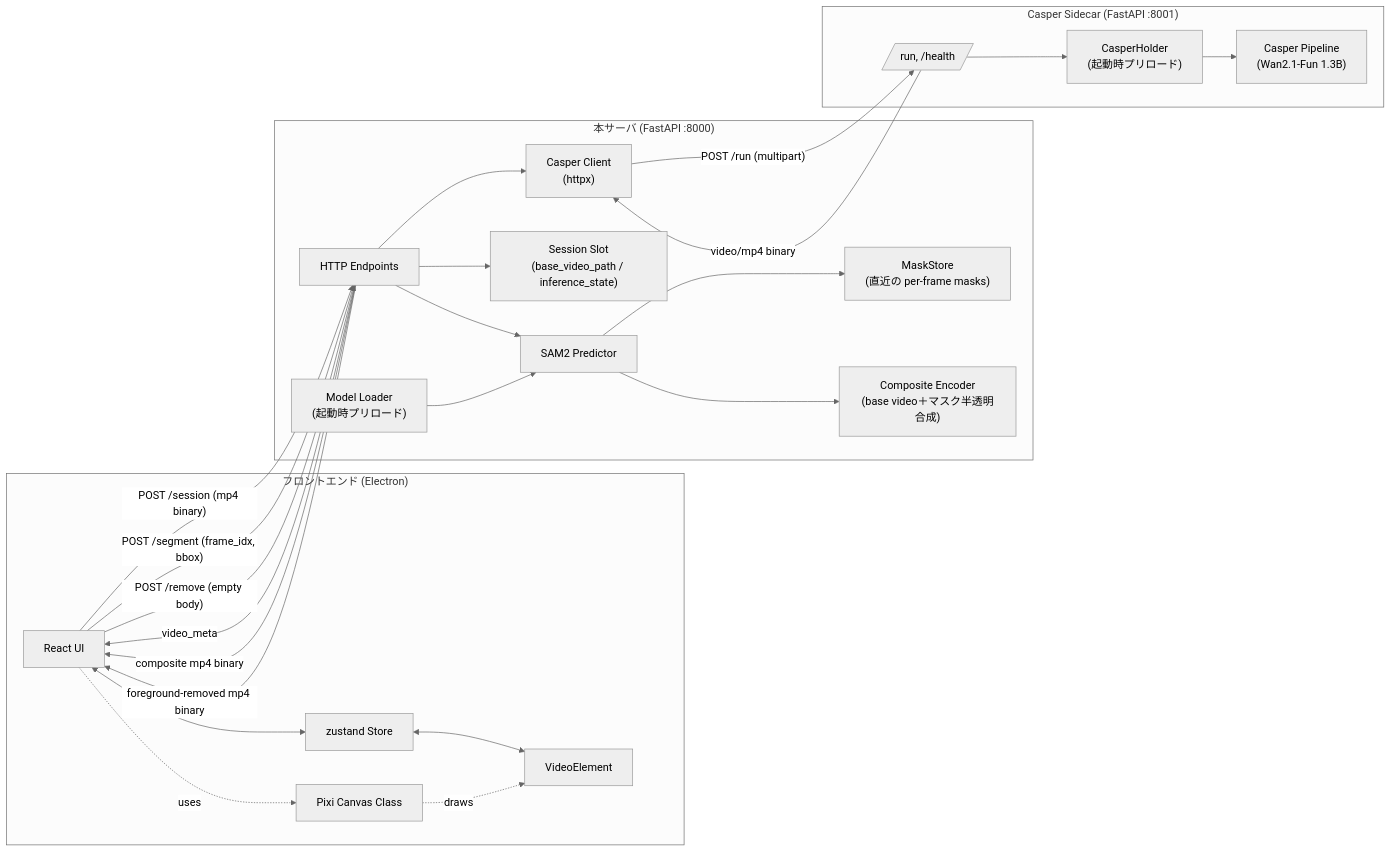
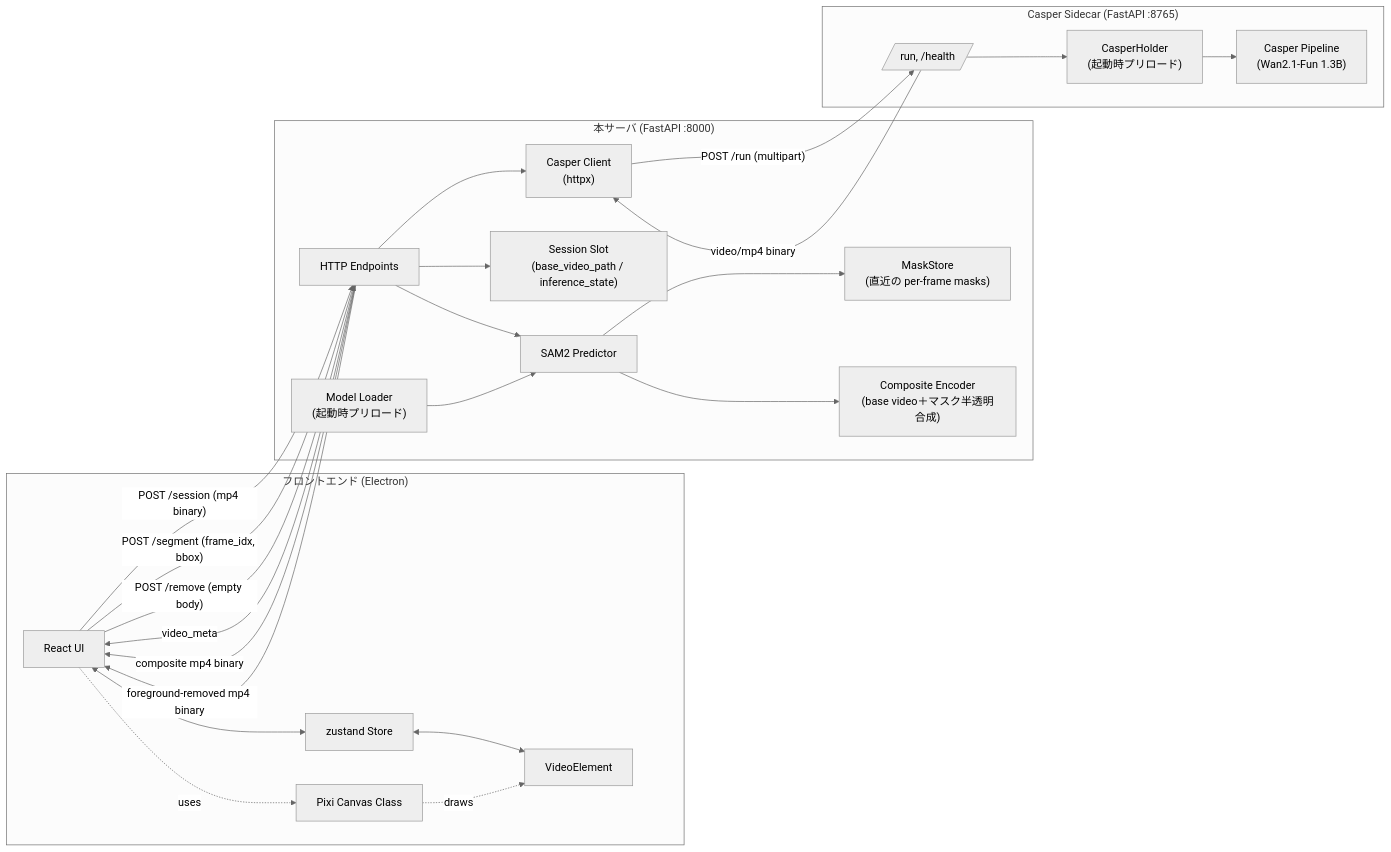
Before and after one commit to kanosawa/omnimatte-editor: the first of 2 diagrams in docs/spec/02-architecture.md, drawn with Mermaid (neutral theme). The commit also changed other lines of this file and 6 other files, not shown here.

````diff
--- a/docs/spec/02-architecture.md
+++ b/docs/spec/02-architecture.md
@@ -5,47 +5,47 @@
 ```mermaid
 flowchart LR
     subgraph FE["フロントエンド (Electron)"]
         UI[React UI]
         Store[zustand Store]
         VE[VideoElement]
         Canvas[Pixi Canvas Class]
         UI <--> Store
         Store <--> VE
         UI -.uses.-> Canvas
         Canvas -.draws.-> VE
     end
 
     subgraph BE["本サーバ (FastAPI :8000)"]
         API[HTTP Endpoints]
         Loader["Model Loader<br/>(起動時プリロード)"]
         Pred[SAM2 Predictor]
         Sess["Session Slot<br/>(base_video_path / inference_state)"]
         MStore["MaskStore<br/>(直近の per-frame masks)"]
         Enc["Composite Encoder<br/>(base video＋マスク半透明合成)"]
         CClient["Casper Client<br/>(httpx)"]
         API --> Sess
         API --> Pred
         Loader --> Pred
         Pred --> Enc
         Pred --> MStore
         API --> CClient
     end
 
-    subgraph SIDE["Casper Sidecar (FastAPI :8001)"]
+    subgraph SIDE["Casper Sidecar (FastAPI :8765)"]
         SideAPI[/run, /health/]
         CHolder["CasperHolder<br/>(起動時プリロード)"]
         CPipe["Casper Pipeline<br/>(Wan2.1-Fun 1.3B)"]
         CHolder --> CPipe
         SideAPI --> CHolder
     end
 
     CClient -- "POST /run (multipart)" --> SideAPI
     SideAPI -- "video/mp4 binary" --> CClient
 
     UI -- "POST /session (mp4 binary)" --> API
     API -- "video_meta" --> UI
     UI -- "POST /segment (frame_idx, bbox)" --> API
     API -- "composite mp4 binary" --> UI
     UI -- "POST /remove (empty body)" --> API
     API -- "foreground-removed mp4 binary" --> UI
 ```
````
